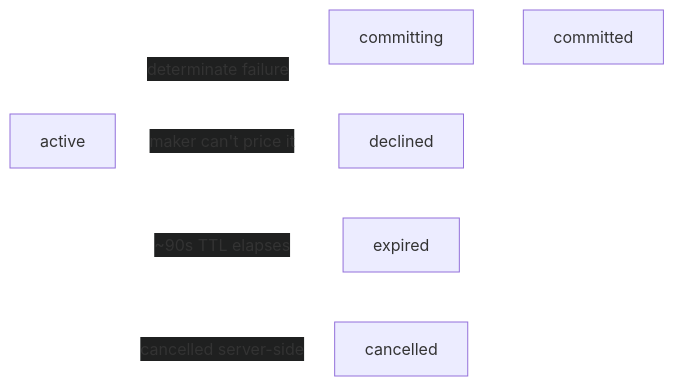
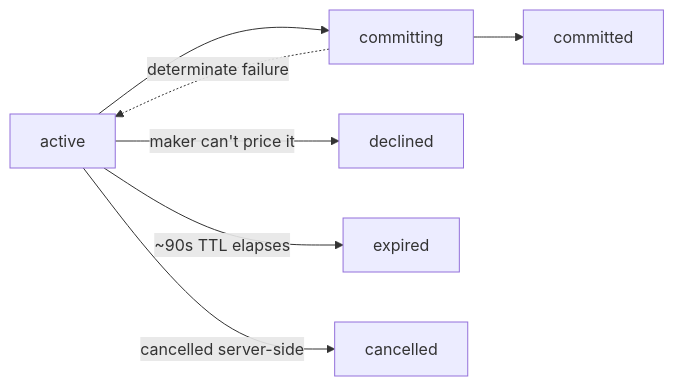
Before and after one commit to totalistrading/docs: the diagram in guides/cashout.mdx, drawn with Mermaid. The commit also changed other lines of this file, not shown here.

First line of the commit message:
docs(cashout): add position takeover, fix diagram + decline accuracy

````diff
--- a/guides/cashout.mdx
+++ b/guides/cashout.mdx
@@ -12,9 +12,8 @@
 ```mermaid
-%%{init: {'themeVariables': {'edgeLabelBackground': '#1f2020', 'primaryTextColor': '#ffffff', 'lineColor': '#ffffff', 'primaryBorderColor': '#ffffff'}}}%%
 flowchart LR
     active --> committing --> committed
     committing -. determinate failure .-> active
     active -- maker can't price it --> declined
     active -- ~90s TTL elapses --> expired
     active -- cancelled server-side --> cancelled
 ```
````
